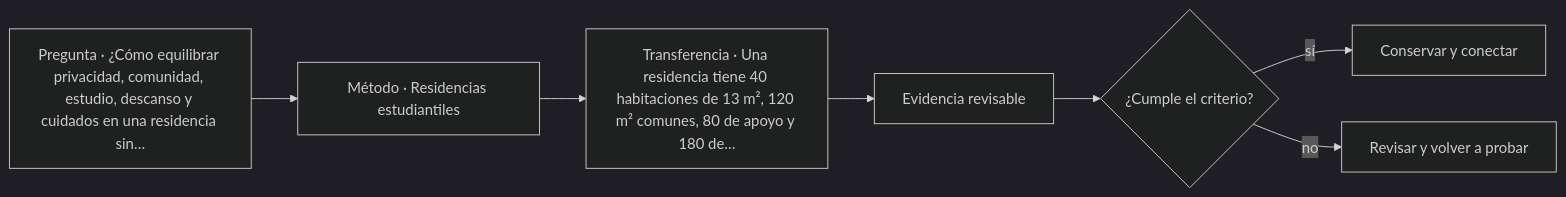
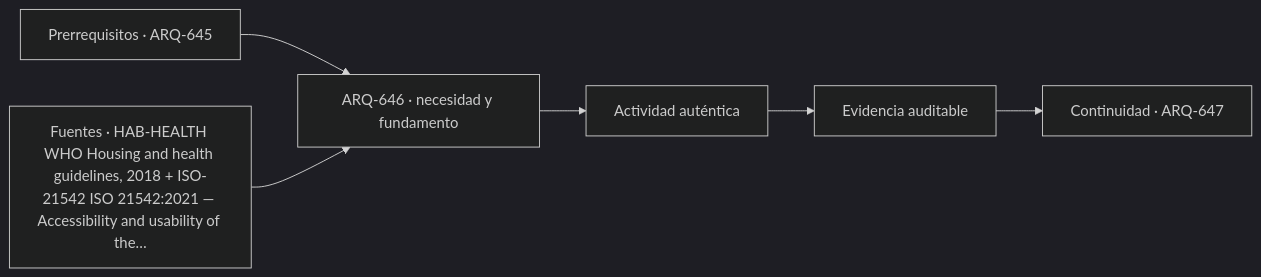
The diagram in classes/parte-65/ARQ-646.md (vladimiracunadev-create/architecture-built-environment-learning-program), drawn with Mermaid (dark theme) before and after one commit. The commit also changed other lines of this file and 761 other files, not shown here.

````diff
--- a/classes/parte-65/ARQ-646.md
+++ b/classes/parte-65/ARQ-646.md
@@ -66,9 +78,8 @@
 ```mermaid
 flowchart LR
-    Q["Pregunta · ¿Cómo equilibrar privacidad, comunidad, estudio, descanso y cuidados en una residencia sin…"] --> M["Método · Residencias estudiantiles"]
-    M --> P["Transferencia · Una residencia tiene 40 habitaciones de 13 m², 120 m² comunes, 80 de apoyo y 180 de…"]
-    P --> E["Evidencia revisable"]
-    E --> C{"¿Cumple el criterio?"}
-    C -->|sí| T["Conservar y conectar"]
-    C -->|no| R["Revisar y volver a probar"]
+    A["Prerrequisitos · ARQ-645"] --> B["ARQ-646 · necesidad y fundamento"]
+    S["Fuentes · HAB-HEALTH WHO Housing and health guidelines, 2018 + ISO-21542 ISO 21542:2021 — Accessibility and usability of the…"] --> B
+    B --> C["Actividad auténtica"]
+    C --> D["Evidencia auditable"]
+    D --> E["Continuidad · ARQ-647"]
 ```
````
